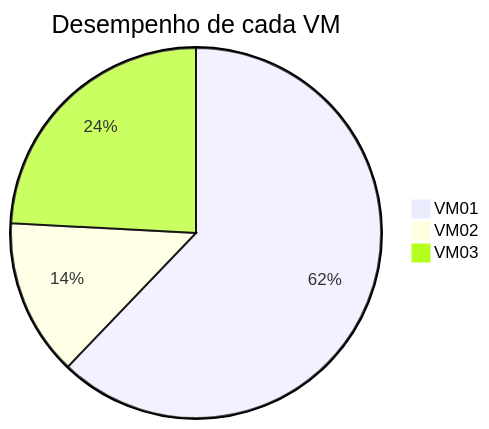
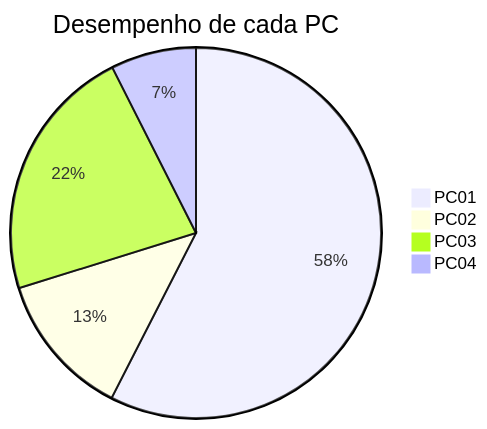
Before and after one commit to emanuelvsz/virtual-machines-server: the second of 2 diagrams in README.md, drawn with Mermaid. The commit also changed other lines of this file, not shown here.

````diff
--- a/README.md
+++ b/README.md
@@ -31,8 +364,8 @@
    ```mermaid
     pie
-        title Desempenho de cada VM
-        "VM01" : 386
-        "VM02" : 85
-        "VM03" : 150 
-
-   ```  
+        title Desempenho de cada PC
+        "PC01" : 386
+        "PC02" : 85
+        "PC03" : 150
+        "PC04" : 50
+   ``` 
````
